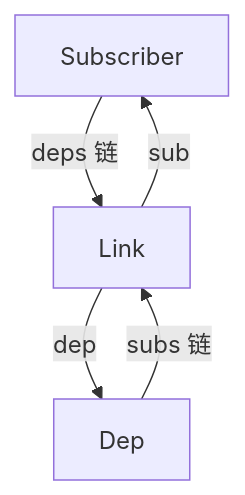
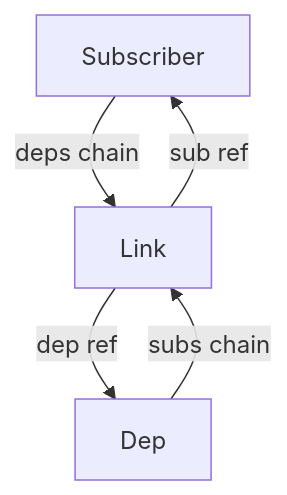
One commit to Tajigaqzh/front_basic changed the second of 12 diagrams in docs/vue/source/reactivity/dep-link-explained.md. Above: the diagram before and after it, drawn with Mermaid. The commit also changed other lines of this file and 11 other files, not shown here.

````diff
--- a/docs/vue/source/reactivity/dep-link-explained.md
+++ b/docs/vue/source/reactivity/dep-link-explained.md
@@ -184,11 +184,11 @@
 ```mermaid
 flowchart TB
-    sub[Subscriber]
-    dep[Dep]
-    link[Link]
+    sub["Subscriber"]
+    dep["Dep"]
+    link["Link"]
 
-    sub -->|deps 链| link
-    dep -->|subs 链| link
-    link -->|sub| sub
-    link -->|dep| dep
+    sub -->|deps chain| link
+    dep -->|subs chain| link
+    link -->|sub ref| sub
+    link -->|dep ref| dep
 ```
````
